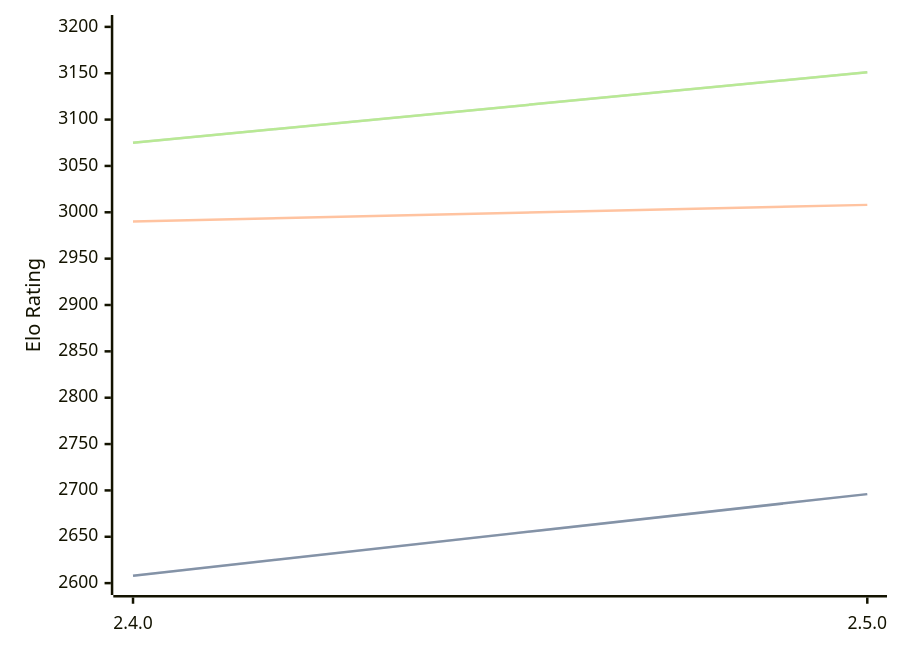
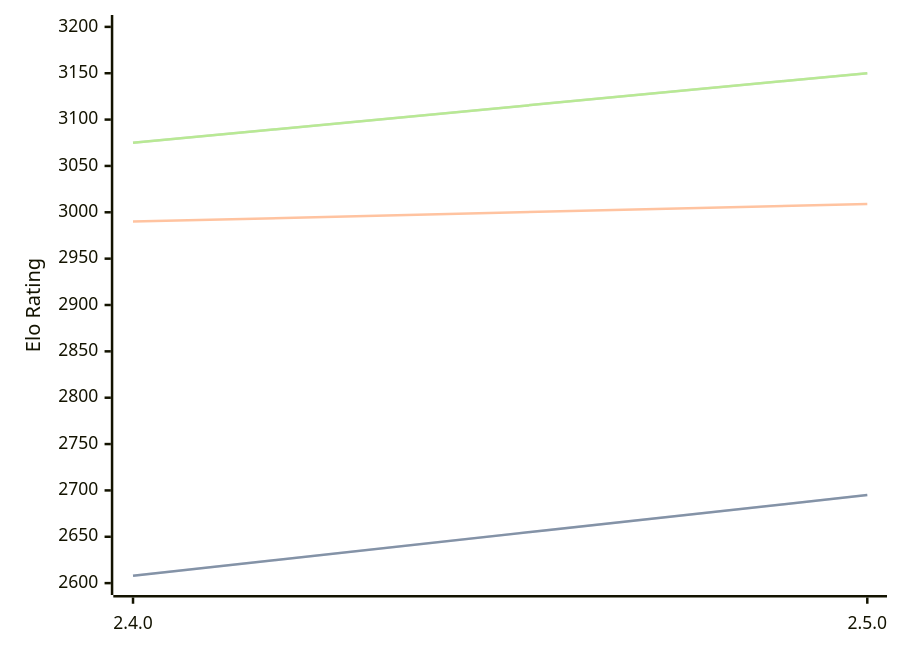
One commit to computer-chess-index/cci changed the diagram in engines/Sturddle2.md. Above: the diagram before and after it, drawn with Mermaid. The commit also changed other lines of this file, not shown here.

Commit message:
Update CCI Ratings (ELO VLTC) - 2026-06-10

````diff
--- a/engines/Sturddle2.md
+++ b/engines/Sturddle2.md
@@ -37,11 +37,11 @@
 ```mermaid
 %%{init: {"theme":"base","themeVariables":{"seriesColors:['#a3a3a3','#222221','#faa371']}}}%%
 xychart-beta
   x-axis ["2.4.0", "2.5.0"]
   y-axis "Elo Rating" 2600 --> 3200
-  line "STC (8.0+0.08s)" [2608, 2696]
-  line "STC (8.0+0.08s)" [2608, 2696]
-  line "LTC (60.0+0.60s)" [2990, 3008]
-  line "VLTC (2m24s+1.12s)" [3075, 3151]
-  line "VLTC (2m24s+1.12s)" [3075, 3151]
+  line "STC (8.0+0.08s)" [2608, 2695]
+  line "STC (8.0+0.08s)" [2608, 2695]
+  line "LTC (60.0+0.60s)" [2990, 3009]
+  line "VLTC (2m24s+1.12s)" [3075, 3150]
+  line "VLTC (2m24s+1.12s)" [3075, 3150]
 ```
````
